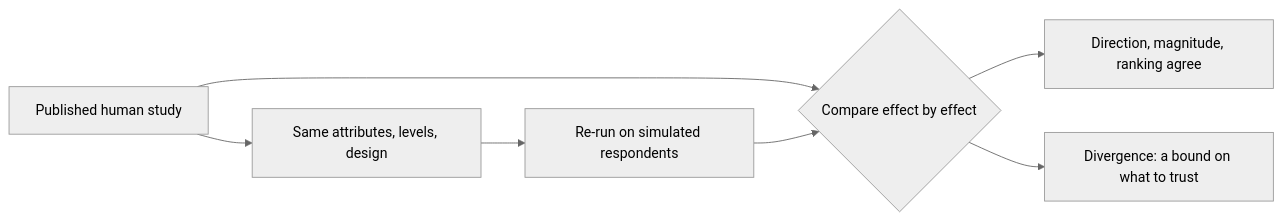
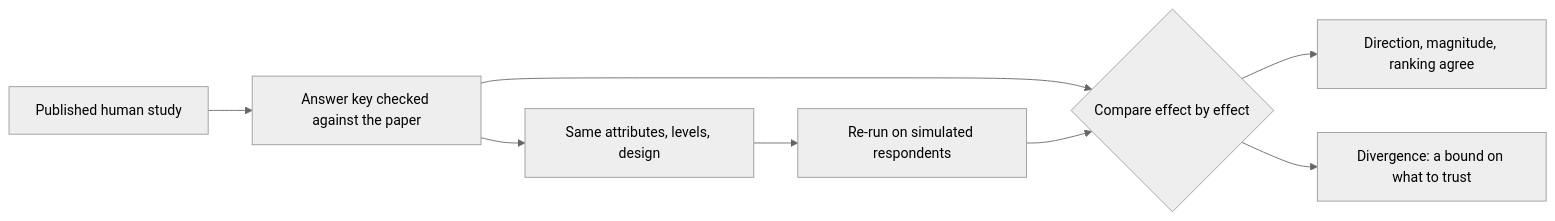
The diagram in site/docs/concepts/human-baselines.md (Subconscious-ai/subconscious-ai-docs), drawn with Mermaid (neutral theme) before and after one commit. The commit also changed other lines of this file and 1 other file, not shown here.

First line of the commit message:
docs(human-baselines): the September 2026 answer-key review and 11 re-runs, with sources and limits

````diff
--- a/site/docs/concepts/human-baselines.md
+++ b/site/docs/concepts/human-baselines.md
@@ -17,9 +17,10 @@
 ```mermaid
 flowchart LR
-  H["Published human study"] --> D["Same attributes, levels, design"]
+  H["Published human study"] --> K["Answer key checked against the paper"]
+  K --> D["Same attributes, levels, design"]
   D --> S["Re-run on simulated respondents"]
-  H --> C{"Compare effect by effect"}
+  K --> C{"Compare effect by effect"}
   S --> C
   C --> Y["Direction, magnitude, ranking agree"]
   C --> N["Divergence: a bound on what to trust"]
 ```
````
